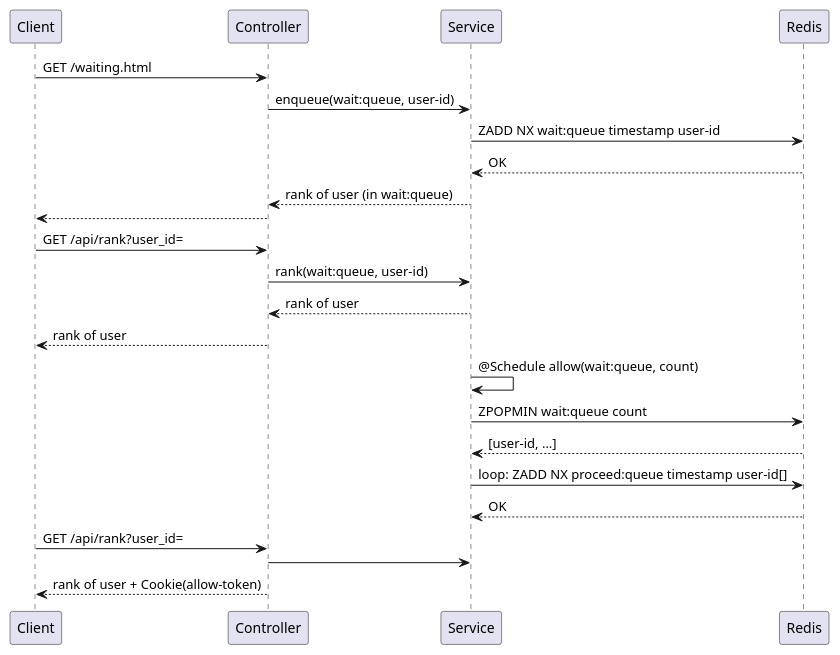
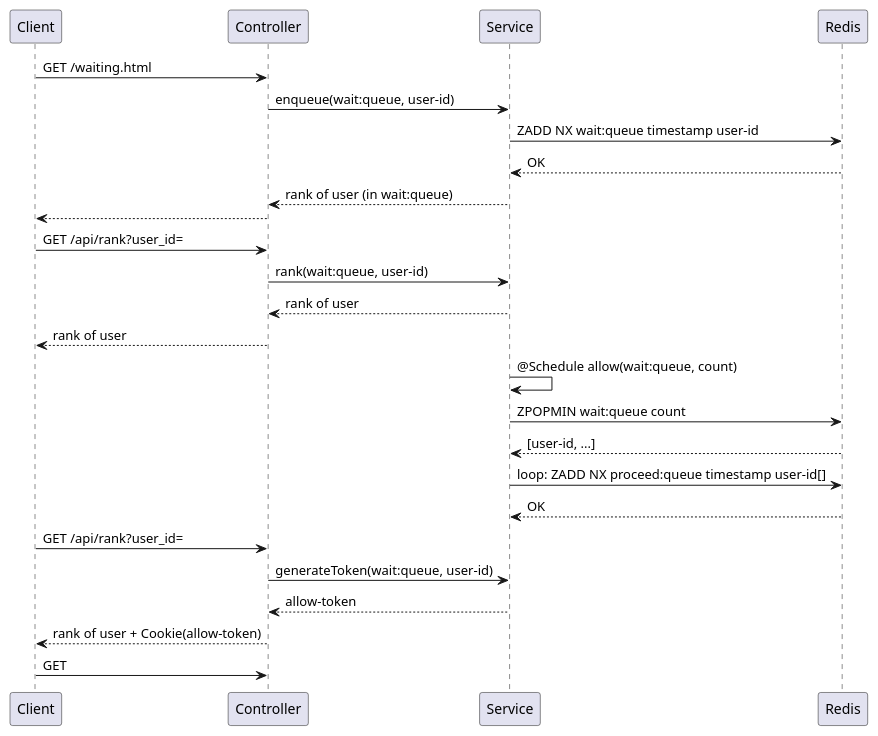
Before and after one commit to yanghoon/obsidian-workspace: the diagram in _diary/2024-06-08.md, drawn with PlantUML.

Commit message:
vault backup: 2024-06-08 14:24:41

````diff
--- a/_diary/2024-06-08.md
+++ b/_diary/2024-06-08.md
@@ -5,23 +5,26 @@
 ```plantuml
 Client -> Controller: GET /waiting.html
 Controller -> Service: enqueue(wait:queue, user-id)
 Service -> Redis: ZADD NX wait:queue timestamp user-id
 Service <-- Redis: OK
 Controller <-- Service: rank of user (in wait:queue)
 Client <-- Controller
 
 Client -> Controller: GET /api/rank?user_id=
 Controller -> Service: rank(wait:queue, user-id)
 Controller <-- Service: rank of user
 Client <-- Controller: rank of user
 
 Service -> Service: @Schedule allow(wait:queue, count)
 Service -> Redis: ZPOPMIN wait:queue count
 Service <-- Redis: [user-id, ...]
 Service -> Redis: loop: ZADD NX proceed:queue timestamp user-id[]
 Service <-- Redis: OK
 
 Client -> Controller: GET /api/rank?user_id=
-Controller -> Service
+Controller -> Service: generateToken(wait:queue, user-id)
+Controller <-- Service: allow-token
 Client <-- Controller: rank of user + Cookie(allow-token)
+
+Client -> Controller: GET
 ```
````
